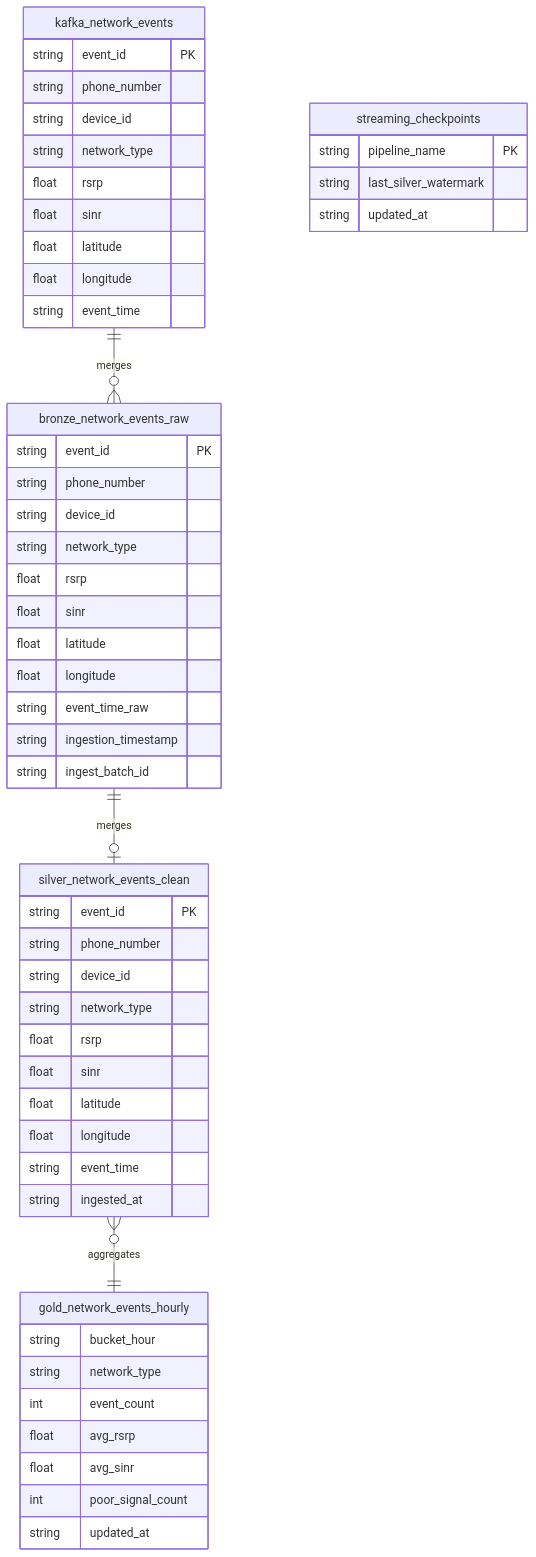
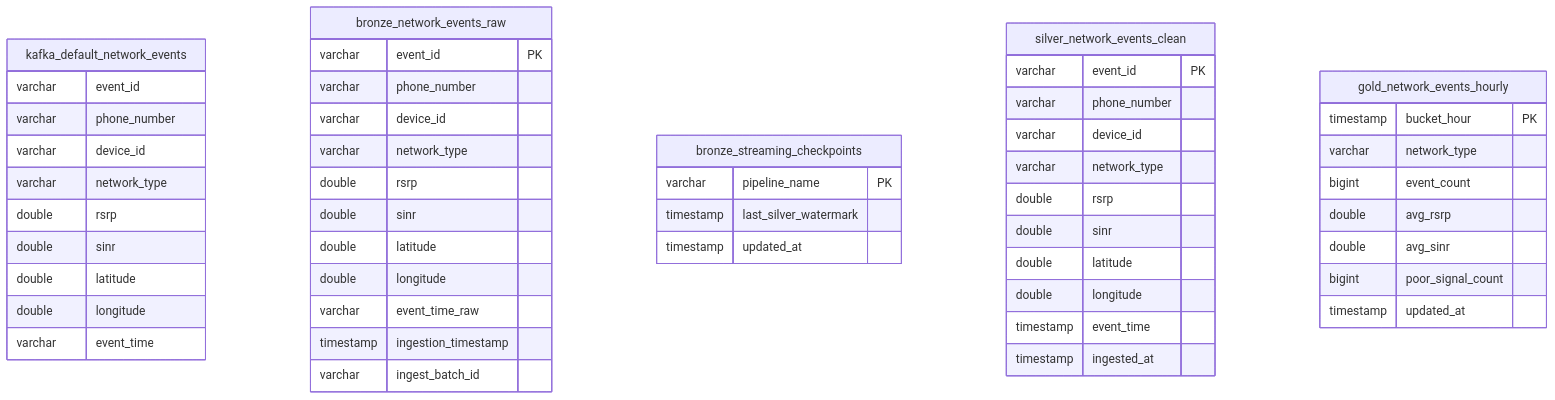
Before and after one commit to danyraimundo97-bit/Tead-Project: the second of 2 diagrams in docs/lakehouse_tables.md, drawn with Mermaid. The commit also changed other lines of this file and 70 other files, not shown here.

````diff
--- a/docs/lakehouse_tables.md
+++ b/docs/lakehouse_tables.md
@@ -39,61 +176,57 @@
 ```mermaid
 erDiagram
-  kafka_network_events ||--o{ bronze_network_events_raw : merges
-  bronze_network_events_raw ||--o| silver_network_events_clean : merges
-  silver_network_events_clean }o--|| gold_network_events_hourly : aggregates
+    kafka_default_network_events {
+        varchar event_id
+        varchar phone_number
+        varchar device_id
+        varchar network_type
+        double rsrp
+        double sinr
+        double latitude
+        double longitude
+        varchar event_time
+    }
 
-  kafka_network_events {
-    string event_id PK
-    string phone_number
-    string device_id
-    string network_type
-    float rsrp
-    float sinr
-    float latitude
-    float longitude
-    string event_time
-  }
+    bronze_network_events_raw {
+        varchar event_id PK
+        varchar phone_number
+        varchar device_id
+        varchar network_type
+        double rsrp
+        double sinr
+        double latitude
+        double longitude
+        varchar event_time_raw
+        timestamp ingestion_timestamp
+        varchar ingest_batch_id
+    }
 
-  bronze_network_events_raw {
-    string event_id PK
-    string phone_number
-    string device_id
-    string network_type
-    float rsrp
-    float sinr
-    float latitude
-    float longitude
-    string event_time_raw
-    string ingestion_timestamp
-    string ingest_batch_id
-  }
+    bronze_streaming_checkpoints {
+        varchar pipeline_name PK
+        timestamp last_silver_watermark
+        timestamp updated_at
+    }
 
-  streaming_checkpoints {
-    string pipeline_name PK
-    string last_silver_watermark
-    string updated_at
-  }
+    silver_network_events_clean {
+        varchar event_id PK
+        varchar phone_number
+        varchar device_id
+        varchar network_type
+        double rsrp
+        double sinr
+        double latitude
+        double longitude
+        timestamp event_time
+        timestamp ingested_at
+    }
 
-  silver_network_events_clean {
-    string event_id PK
-    string phone_number
-    string device_id
-    string network_type
-    float rsrp
-    float sinr
-    float latitude
-    float longitude
-    string event_time
-    string ingested_at
-  }
-
-  gold_network_events_hourly {
-    string bucket_hour
-    string network_type
-    int event_count
-    float avg_rsrp
-    float avg_sinr
-    int poor_signal_count
-    string updated_at
-  }
+    gold_network_events_hourly {
+        timestamp bucket_hour PK
+        varchar network_type
+        bigint event_count
+        double avg_rsrp
+        double avg_sinr
+        bigint poor_signal_count
+        timestamp updated_at
+    }
 ```
````
